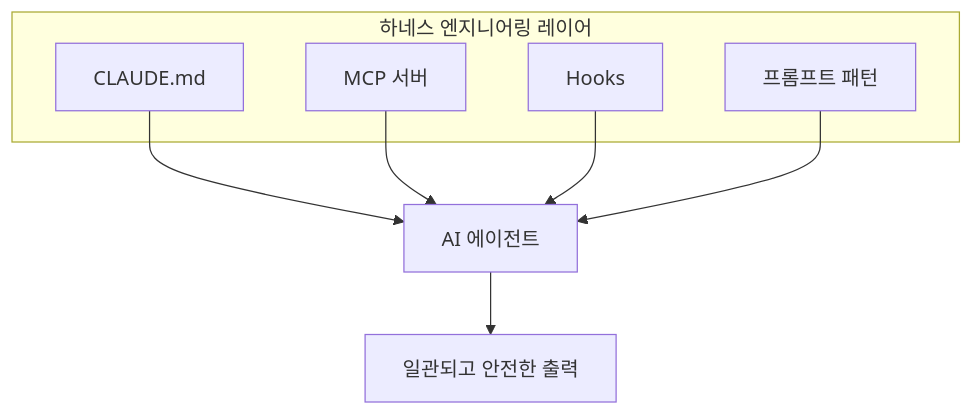
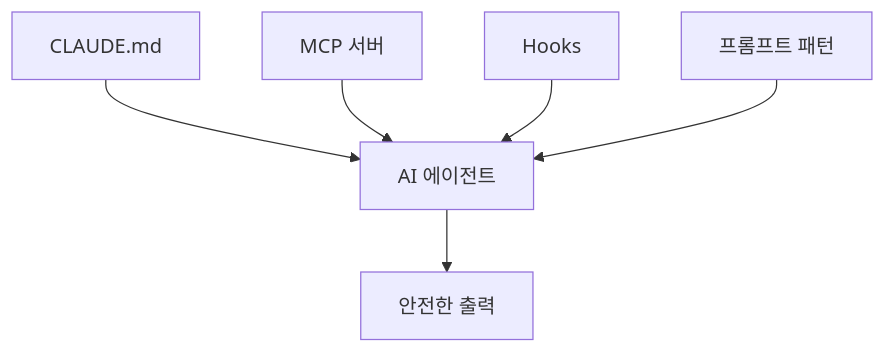
One commit to yjkim2015/yjkim2015.github.io changed the second of 3 diagrams in _posts/ai/2026-05-01-ai-driven-development.md. Above: the diagram before and after it, drawn with Mermaid. The commit also changed 155 other files, not shown here.

First line of the commit message:
Mermaid 전면 수정: subgraph 제거, participant/노드/줄수 축소 (342블록)

````diff
--- a/_posts/ai/2026-05-01-ai-driven-development.md
+++ b/_posts/ai/2026-05-01-ai-driven-development.md
@@ -145,14 +145,12 @@
 ```mermaid
 graph TD
-    subgraph "하네스 엔지니어링 레이어"
-        CLAUDEMD["CLAUDE.md"]
-        MCP["MCP 서버"]
-        HOOKS["Hooks"]
-        PROMPT["프롬프트 패턴"]
-    end
+    CLAUDEMD["CLAUDE.md"]
+    MCP["MCP 서버"]
+    HOOKS["Hooks"]
+    PROMPT["프롬프트 패턴"]
     CLAUDEMD --> AI["AI 에이전트"]
     MCP --> AI
     HOOKS --> AI
     PROMPT --> AI
-    AI --> OUTPUT["일관되고 안전한 출력"]
+    AI --> OUTPUT["안전한 출력"]
 ```
````
